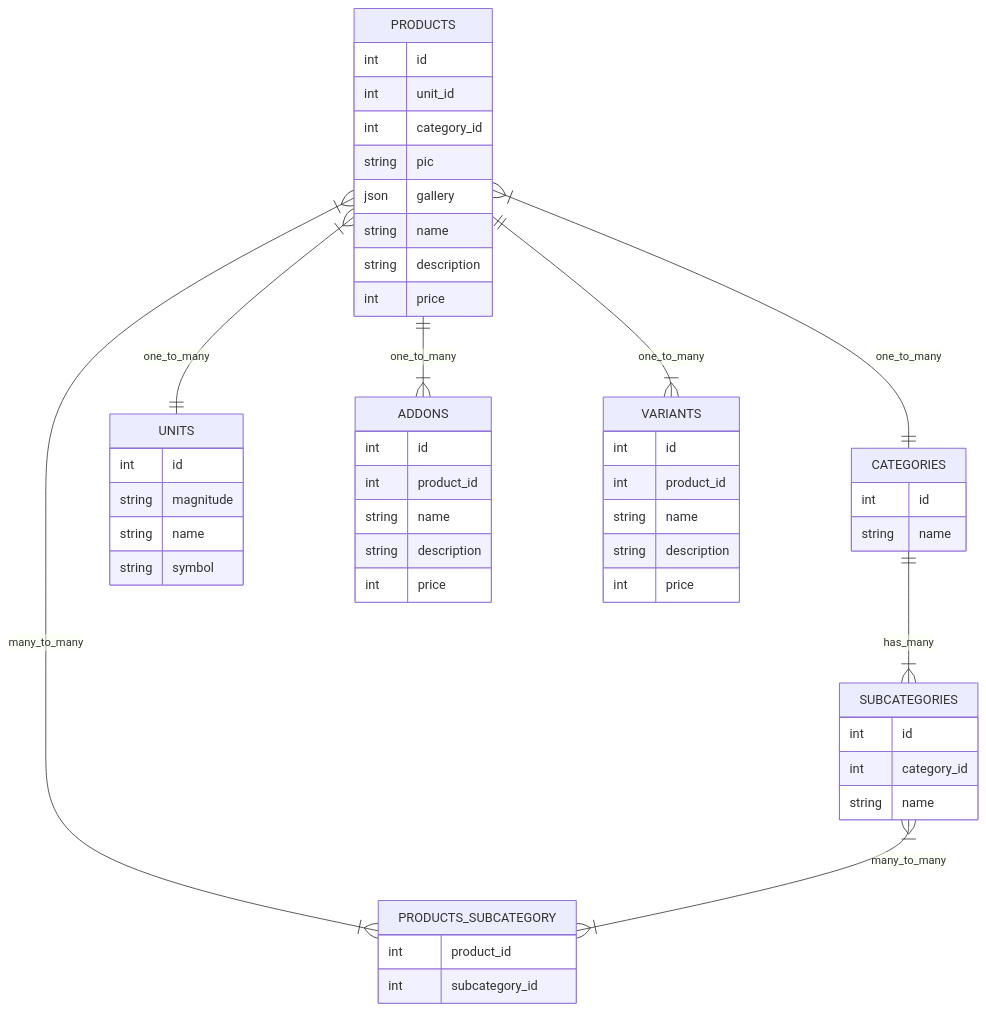
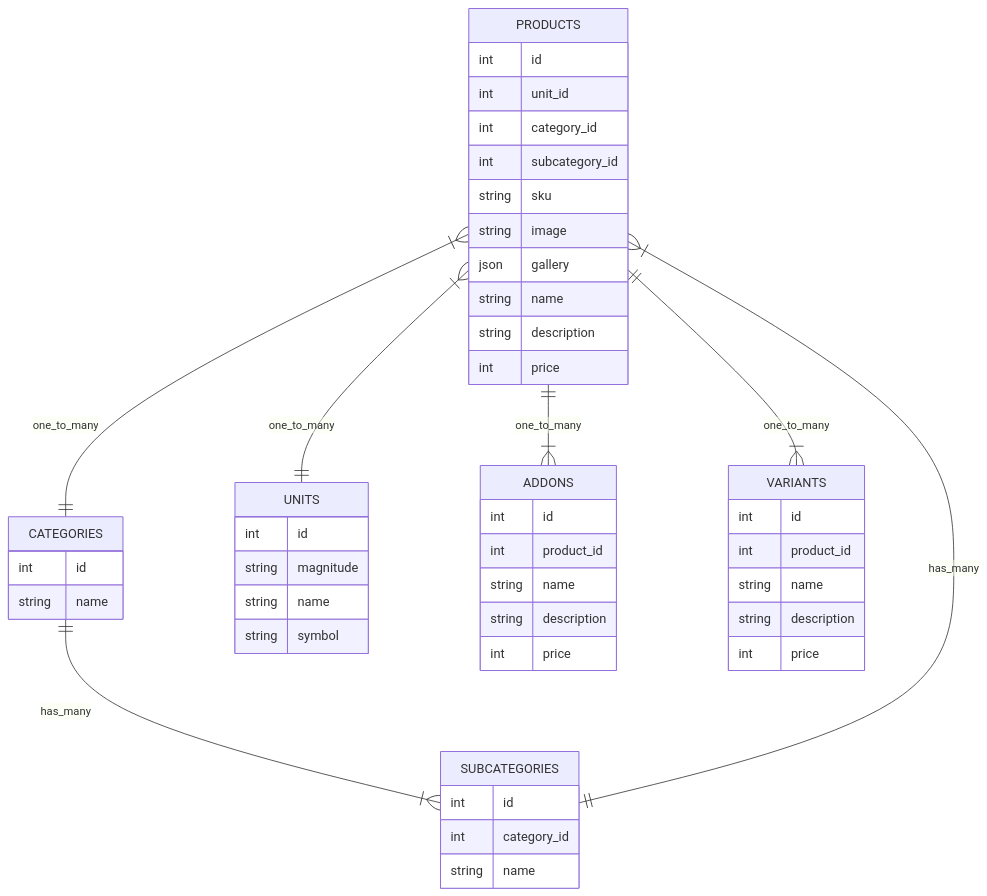
Before and after one commit to aasumitro/posbe: the diagram in internal/catalog/ENTITY_DIAGRAM.md, drawn with Mermaid. The commit also changed 4 other files, not shown here.

````diff
--- a/internal/catalog/ENTITY_DIAGRAM.md
+++ b/internal/catalog/ENTITY_DIAGRAM.md
@@ -3,60 +3,56 @@
 ```mermaid
 erDiagram
     CATEGORIES {
         int id
         string name
     }
     
     SUBCATEGORIES {
         int id
         int category_id
         string name
     }
     
     UNITS { 
         int id
         string magnitude
         string name
         string symbol
     }
     
     ADDONS {
         int id
         int product_id
         string name
         string description 
         int price
     }
     
     VARIANTS {
         int id
         int product_id
         string name
         string description 
         int price
     }
-   
-    PRODUCTS_SUBCATEGORY {
-        int product_id
-        int subcategory_id
-    }
     
     PRODUCTS {
         int id  
         int unit_id
         int category_id
-        string pic
+        int subcategory_id
+        string sku
+        string image
         json gallery
         string name
         string description
         int price
     }
-    
+ 
     CATEGORIES ||--|{ SUBCATEGORIES: has_many
-    PRODUCTS }|--|{ PRODUCTS_SUBCATEGORY: many_to_many
-    SUBCATEGORIES }|--|{ PRODUCTS_SUBCATEGORY: many_to_many
+    PRODUCTS }|--|| SUBCATEGORIES: has_many
     PRODUCTS ||--|{ ADDONS: one_to_many
     PRODUCTS ||--|{ VARIANTS: one_to_many
     PRODUCTS }|--|| UNITS : one_to_many
     PRODUCTS }|--|| CATEGORIES : one_to_many
 ```
````
